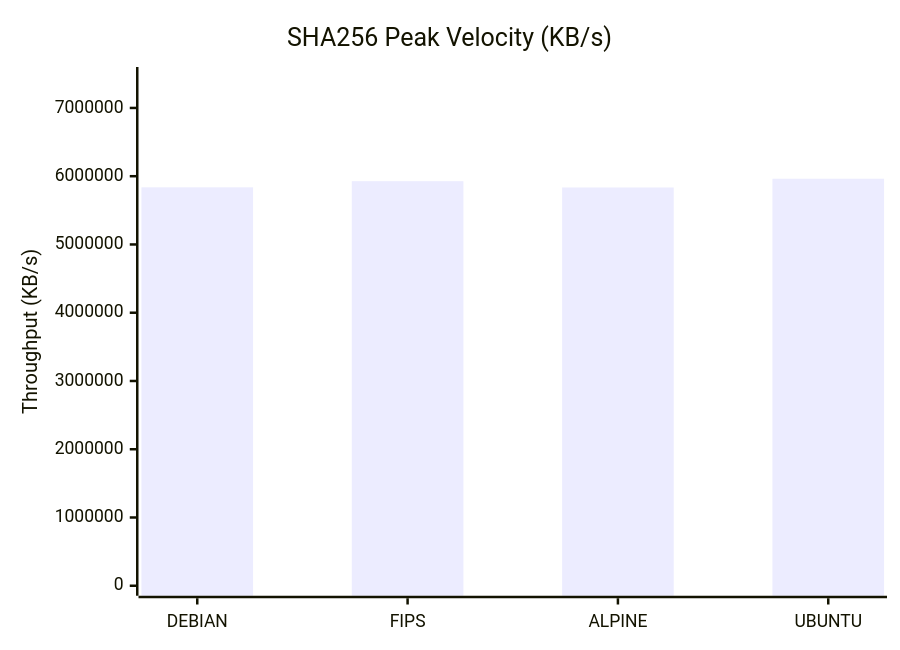
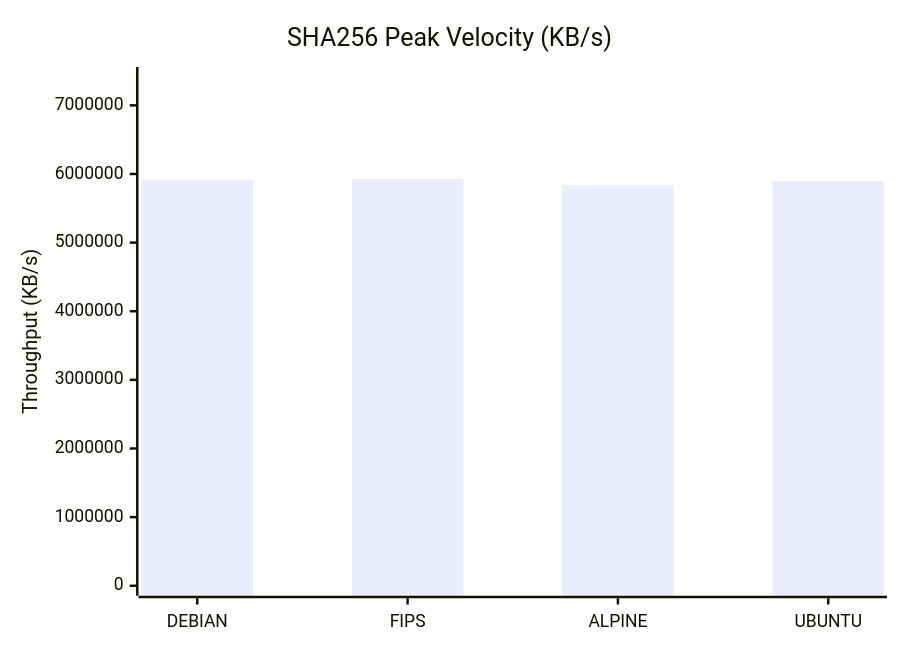
One commit to taha2samy/openssl_fips changed the second of 9 diagrams in docs/Comparison_Report.md. Above: the diagram before and after it, drawn with Mermaid. The commit also changed other lines of this file and 2 other files, not shown here.

````diff
--- a/docs/Comparison_Report.md
+++ b/docs/Comparison_Report.md
@@ -65,7 +65,7 @@
 ```mermaid
 xychart-beta
     title "SHA256 Peak Velocity (KB/s)"
     x-axis [DEBIAN, FIPS, ALPINE, UBUNTU]
-    y-axis "Throughput (KB/s)" 0 --> 7453419
-    bar [5836808.19, 5927108.61, 5835030.53, 5962735.62]
+    y-axis "Throughput (KB/s)" 0 --> 7413094
+    bar [5914148.86, 5930475.52, 5834383.36, 5897322.5]
 ```
````
